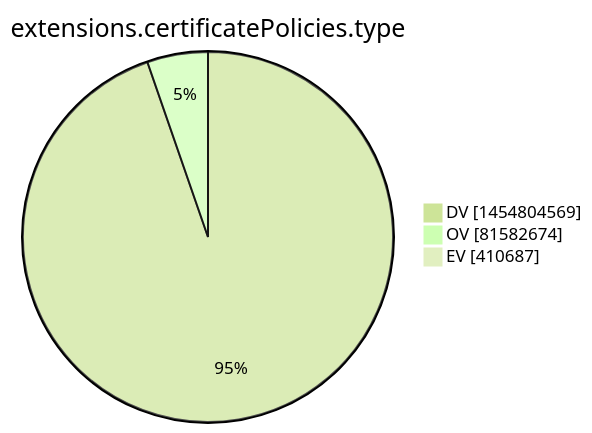
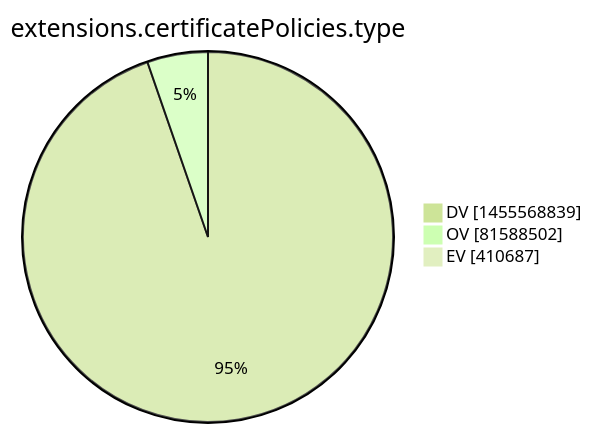
One commit to christiankrug/ctmonitor_visualization changed the tenth of 15 diagrams in xenon2022/README.md. Above: the diagram before and after it, drawn with Mermaid (forest theme). The commit also changed other lines of this file, not shown here.

````diff
--- a/xenon2022/README.md
+++ b/xenon2022/README.md
@@ -2870,7 +2870,7 @@
 ```mermaid
 pie showData
 title extensions.certificatePolicies.type
-"DV" :1454804569
-"OV" :81582674
+"DV" :1455568839
+"OV" :81588502
 "EV" :410687
 ```
````
